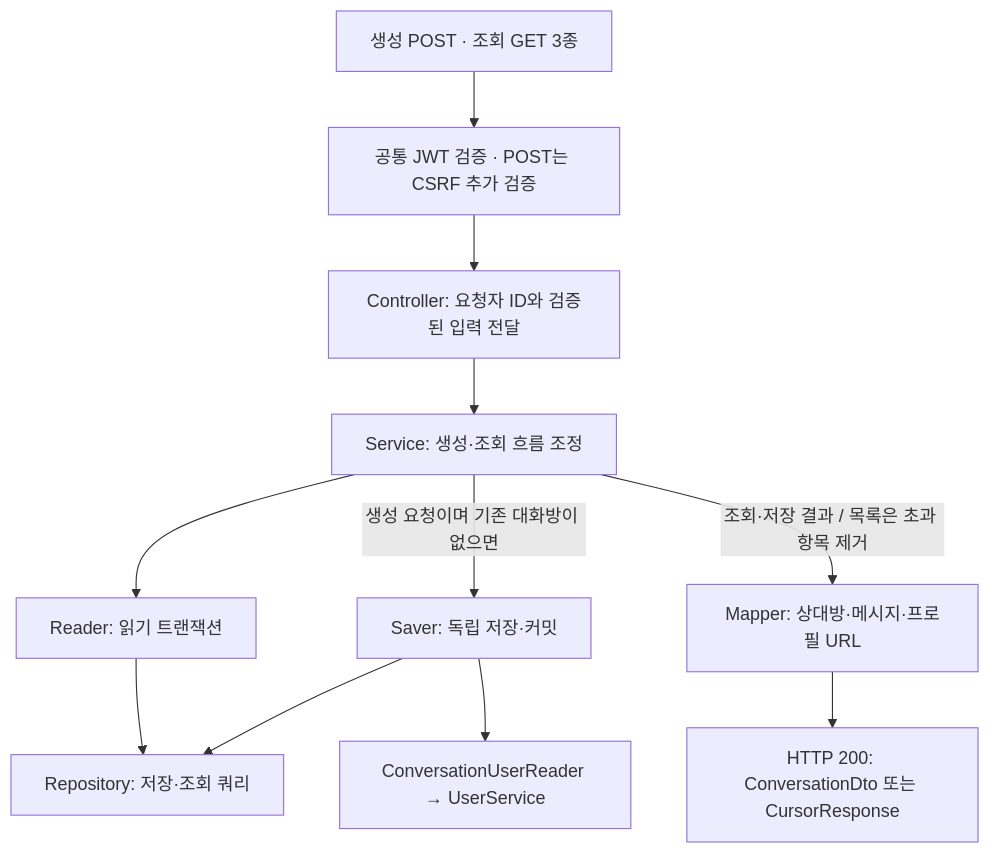
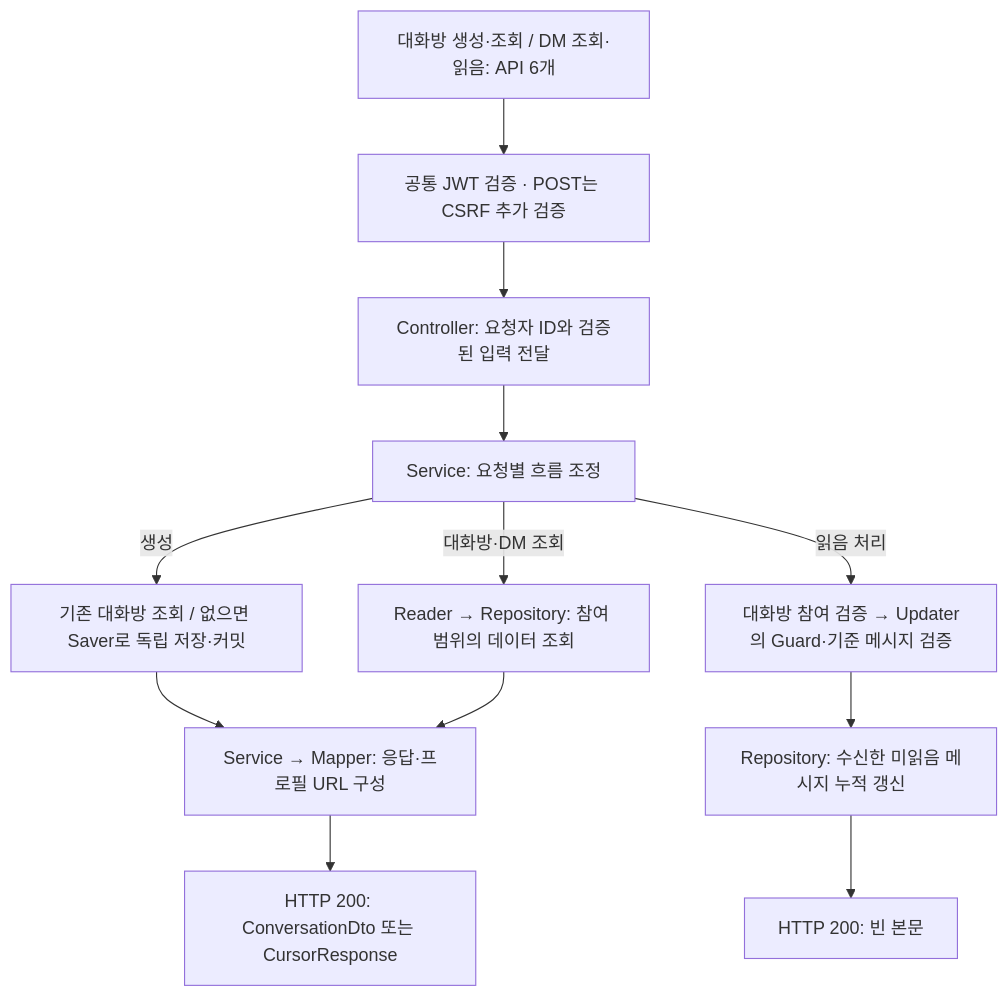
Before and after one commit to codeit-backend13-part4-team1/playlist_for_everyone: the diagram in docs/conversation/README.md, drawn with Mermaid. The commit also changed other lines of this file and 10 other files, not shown here.

````diff
--- a/docs/conversation/README.md
+++ b/docs/conversation/README.md
@@ -21,13 +22,14 @@
 ```mermaid
 flowchart TD
-    H["생성 POST · 조회 GET 3종"] --> A["공통 JWT 검증 · POST는 CSRF 추가 검증"]
+    H["대화방 생성·조회 / DM 조회·읽음: API 6개"] --> A["공통 JWT 검증 · POST는 CSRF 추가 검증"]
     A --> C["Controller: 요청자 ID와 검증된 입력 전달"]
-    C --> S["Service: 생성·조회 흐름 조정"]
-    S --> R["Reader: 읽기 트랜잭션"]
-    R --> P["Repository: 저장·조회 쿼리"]
-    S -->|"생성 요청이며 기존 대화방이 없으면"| V["Saver: 독립 저장·커밋"]
-    V --> U["ConversationUserReader → UserService"]
-    V --> P
-    S -->|"조회·저장 결과 / 목록은 초과 항목 제거"| M["Mapper: 상대방·메시지·프로필 URL"]
+    C --> S["Service: 요청별 흐름 조정"]
+    S -->|"생성"| V["기존 대화방 조회 / 없으면 Saver로 독립 저장·커밋"]
+    S -->|"대화방·DM 조회"| R["Reader → Repository: 참여 범위의 데이터 조회"]
+    S -->|"읽음 처리"| U["대화방 참여 검증 → Updater의 Guard·기준 메시지 검증"]
+    V --> M["Service → Mapper: 응답·프로필 URL 구성"]
+    R --> M
     M --> D["HTTP 200: ConversationDto 또는 CursorResponse"]
+    U --> P["Repository: 수신한 미읽음 메시지 누적 갱신"]
+    P --> E["HTTP 200: 빈 본문"]
 ```
````
